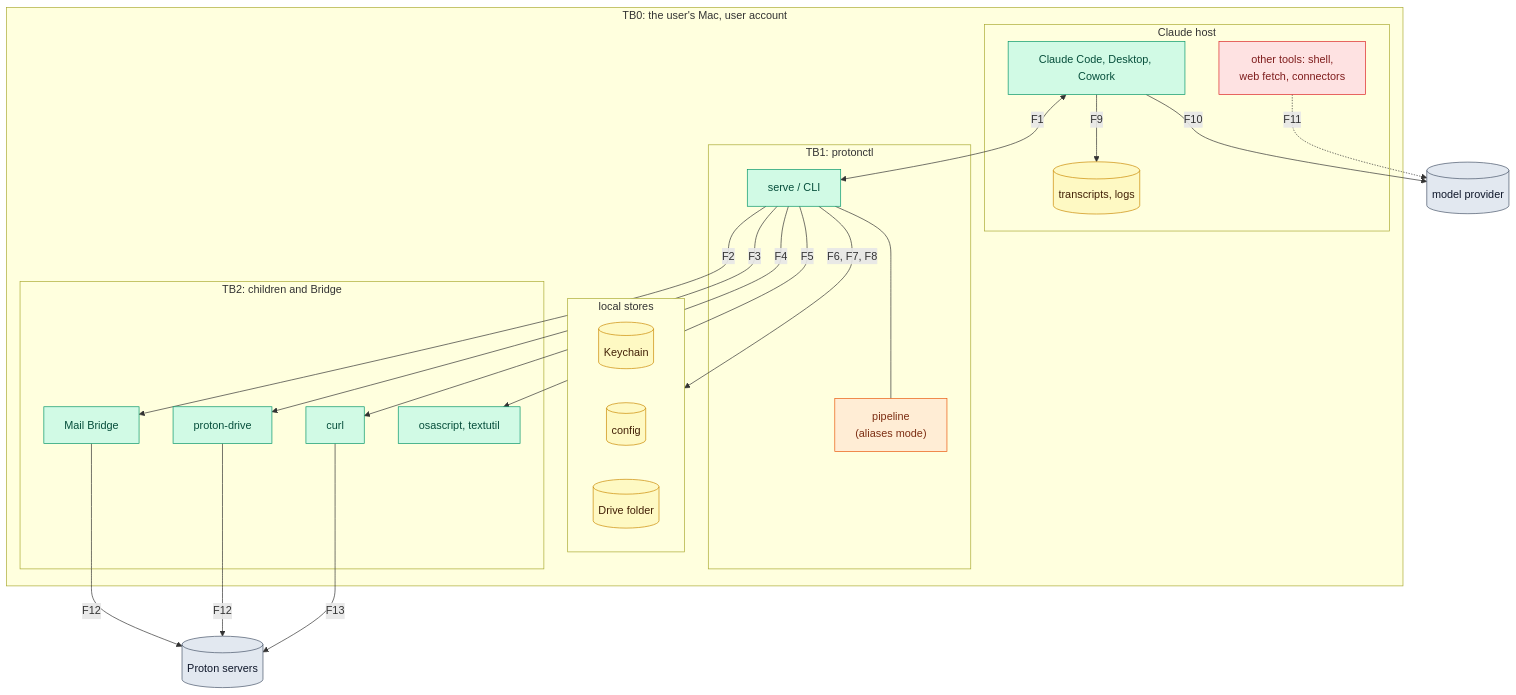
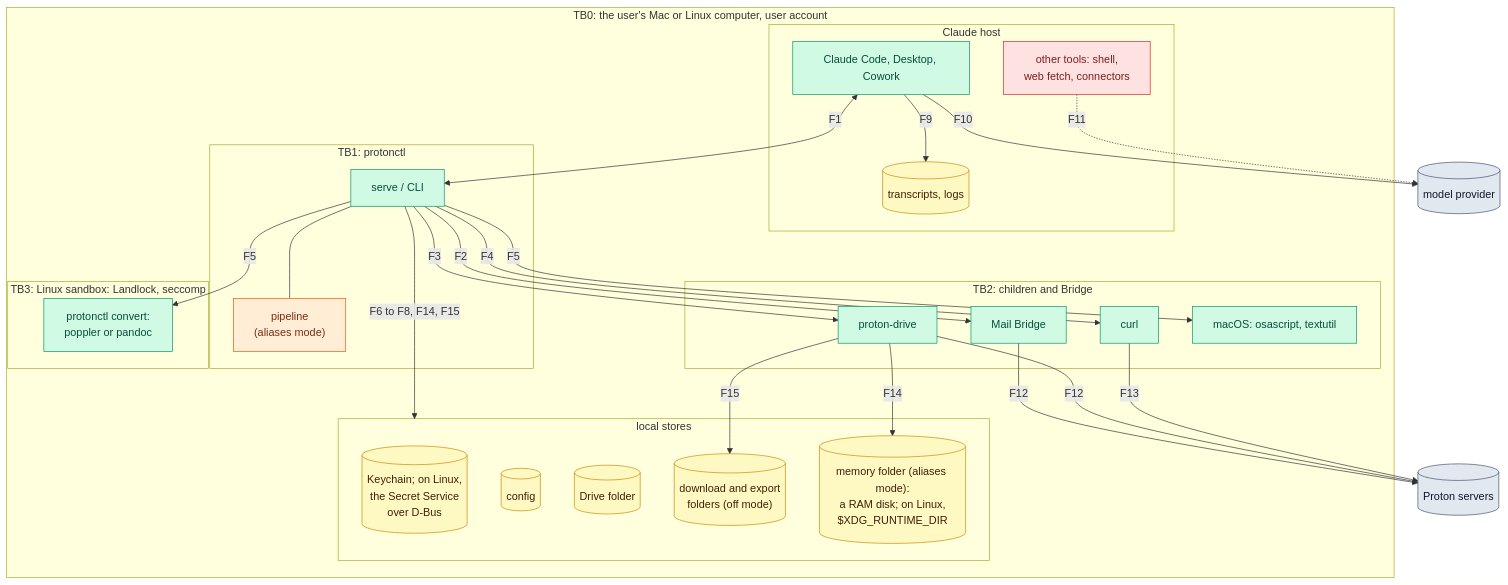
Before and after one commit to matt-w-horn/protonctl: the diagram in docs/rfc-0001/security-privacy-review.md, drawn with Mermaid. The commit also changed other lines of this file and 14 other files, not shown here.

````diff
--- a/docs/rfc-0001/security-privacy-review.md
+++ b/docs/rfc-0001/security-privacy-review.md
@@ -74,52 +80,60 @@
 ```mermaid
 flowchart TB
-    subgraph TB0["TB0: the user's Mac, user account"]
+    subgraph TB0["TB0: the user's Mac or Linux computer, user account"]
         subgraph host["Claude host"]
             H["Claude Code, Desktop, Cowork"]
             OT["other tools: shell,<br/>web fetch, connectors"]
             TR[("transcripts, logs")]
         end
         subgraph pc["TB1: protonctl"]
             P["serve / CLI"]
             PIPE["pipeline<br/>(aliases mode)"]
         end
         subgraph stores["local stores"]
-            KC[("Keychain")]
+            KC[("Keychain; on Linux,<br/>the Secret Service<br/>over D-Bus")]
             CFG[("config")]
             DF[("Drive folder")]
+            DL[("download and export<br/>folders (off mode)")]
+            MEM[("memory folder (aliases mode):<br/>a RAM disk; on Linux,<br/>$XDG_RUNTIME_DIR")]
         end
         subgraph kids["TB2: children and Bridge"]
             BR["Mail Bridge"]
             CLI["proton-drive"]
             CURL["curl"]
-            CONV["osascript, textutil"]
+            CONV["macOS: osascript, textutil"]
+        end
+        subgraph sbx["TB3: Linux sandbox: Landlock, seccomp"]
+            CVT["protonctl convert:<br/>poppler or pandoc"]
         end
     end
     PROTON[("Proton servers")]
     ANTH[("model provider")]
 
     H <-->|F1| P
     P --- PIPE
     P -->|F2| BR
     P -->|F3| CLI
     P -->|F4| CURL
     P -->|F5| CONV
-    P -->|"F6, F7, F8"| stores
+    P -->|F5| CVT
+    P -->|"F6 to F8, F14, F15"| stores
+    CLI -->|F14| MEM
+    CLI -->|F15| DL
     H -->|F9| TR
     H -->|F10| ANTH
     OT -.->|F11| ANTH
     BR -->|F12| PROTON
     CLI -->|F12| PROTON
     CURL -->|F13| PROTON
 
     classDef mine fill:#D1FAE5,stroke:#059669,color:#064E3B
     classDef priv fill:#FFEDD5,stroke:#EA580C,color:#7C2D12
     classDef store fill:#FEF9C3,stroke:#CA8A04,color:#422006
     classDef ext fill:#E2E8F0,stroke:#475569,color:#0F172A
     classDef risk fill:#FEE2E2,stroke:#DC2626,color:#7F1D1D
-    class P,CLI,CURL,CONV,BR,H mine
+    class P,CLI,CURL,CONV,CVT,BR,H mine
     class PIPE priv
-    class KC,CFG,DF,TR store
+    class KC,CFG,DF,DL,MEM,TR store
     class PROTON,ANTH ext
     class OT risk
 ```
````
